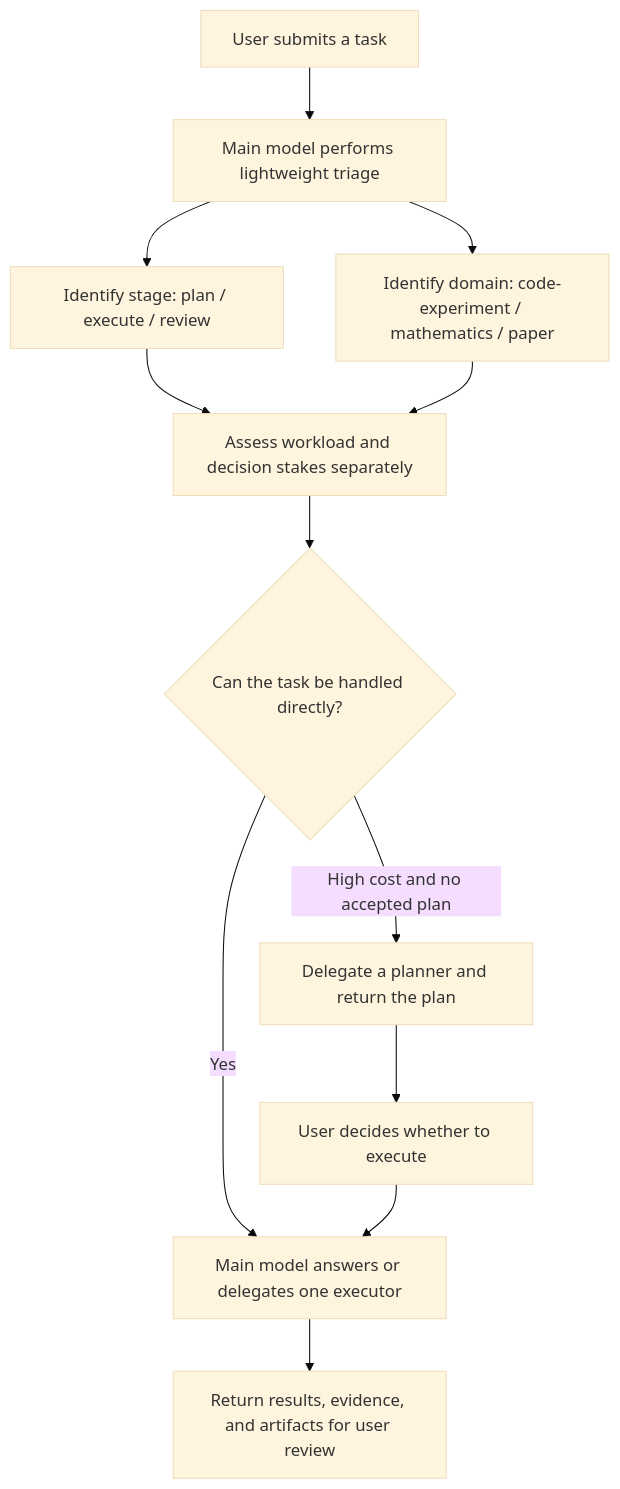
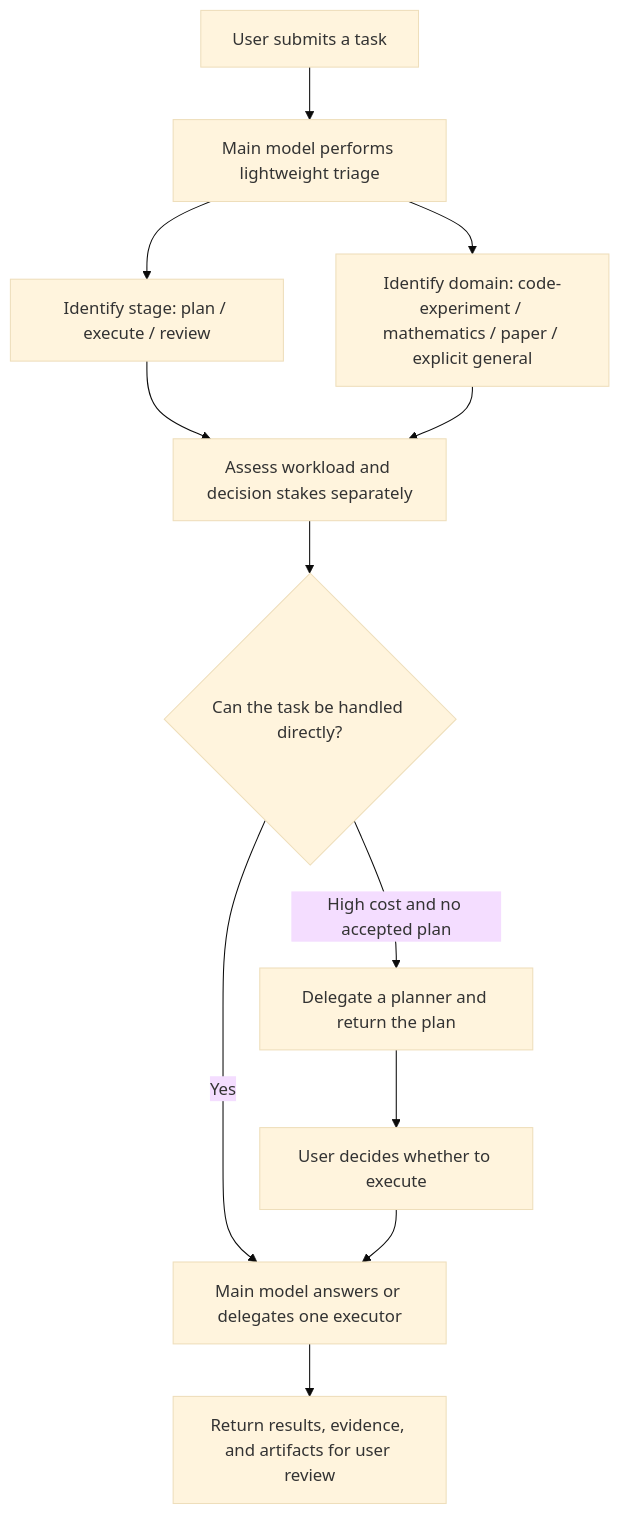
The diagram in README.md (Hantao23/agent-academic-squad), drawn with Mermaid (base theme) before and after one commit. The commit also changed other lines of this file and 10 other files, not shown here.

````diff
--- a/README.md
+++ b/README.md
@@ -26,14 +26,14 @@
 ```mermaid
 flowchart TD
     A["User submits a task"] --> B["Main model performs lightweight triage"]
     B --> C["Identify stage: plan / execute / review"]
-    B --> D["Identify domain: code-experiment / mathematics / paper"]
+    B --> D["Identify domain: code-experiment / mathematics / paper / explicit general"]
     C --> E["Assess workload and decision stakes separately"]
     D --> E
     E --> F{"Can the task be handled directly?"}
     F -- "Yes" --> G["Main model answers or delegates one executor"]
     F -- "High cost and no accepted plan" --> H["Delegate a planner and return the plan"]
     H --> I["User decides whether to execute"]
     I --> G
     G --> J["Return results, evidence, and artifacts for user review"]
 ```
````
